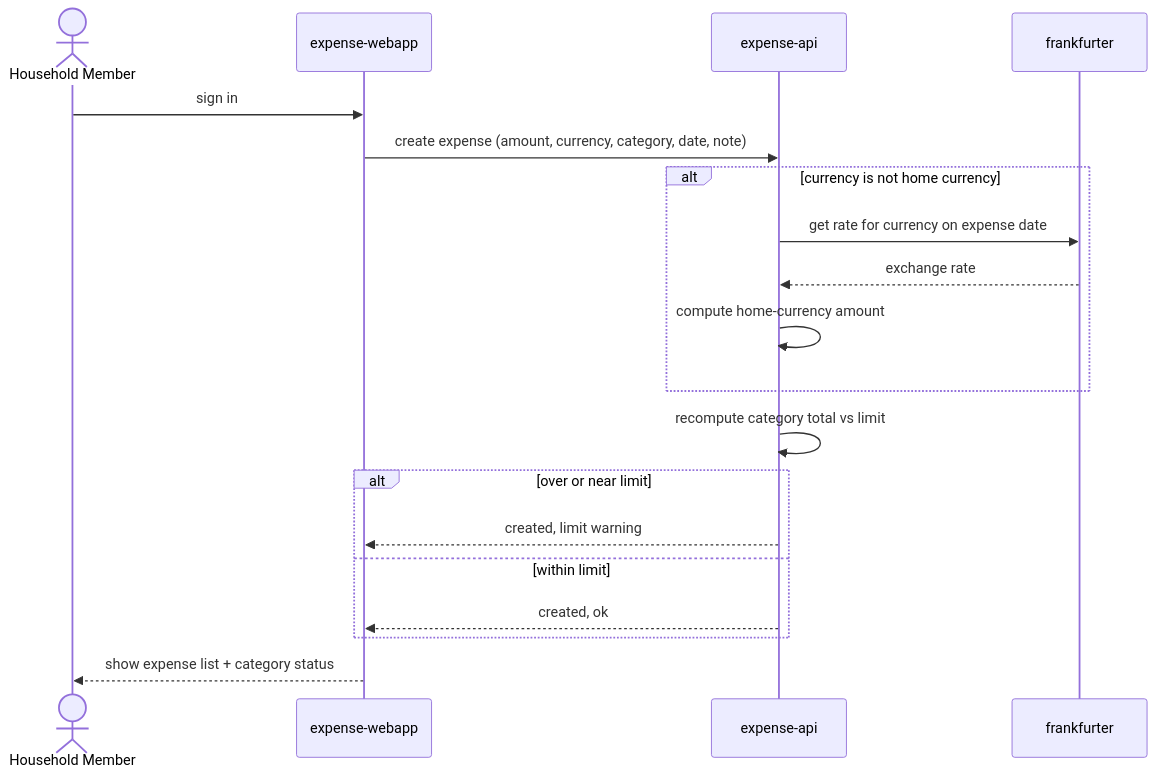
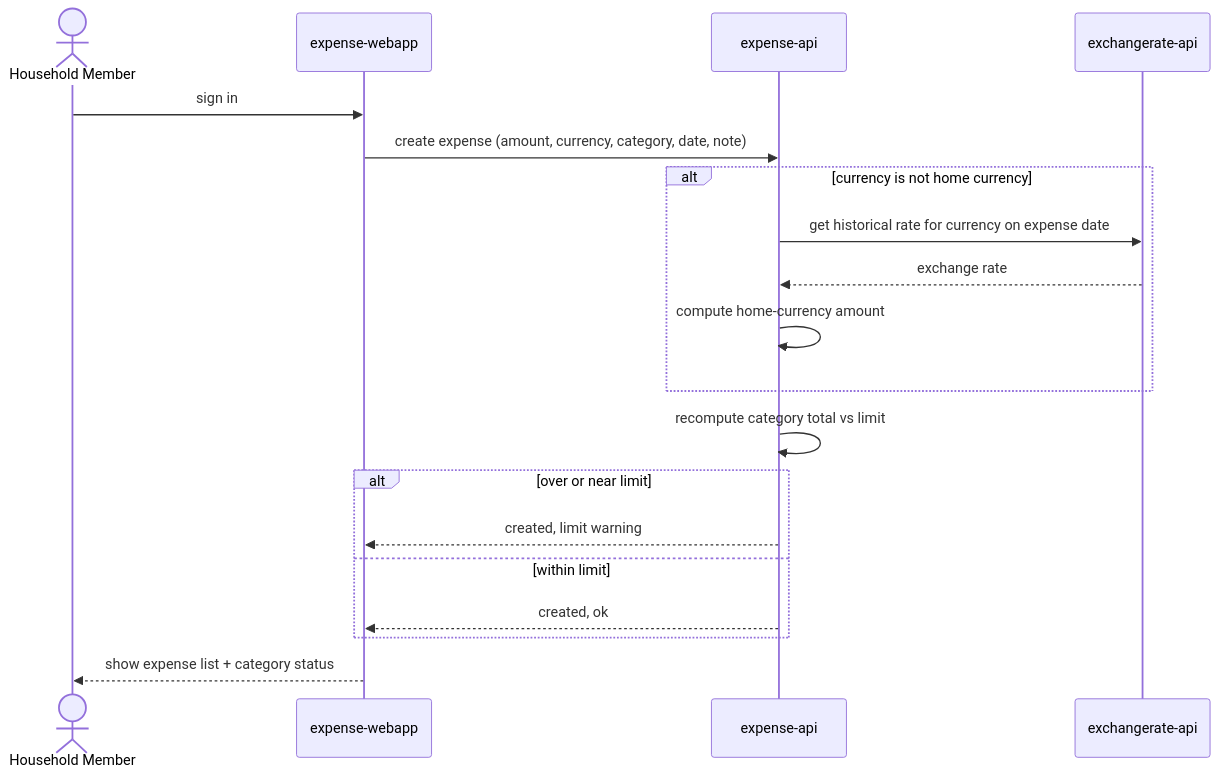
The diagram in specs/design/flows/log-and-track-expense.md (ae-demo/testing9231), drawn with Mermaid before and after one commit. The commit also changed 6 other files, not shown here.

````diff
--- a/specs/design/flows/log-and-track-expense.md
+++ b/specs/design/flows/log-and-track-expense.md
@@ -5,22 +5,22 @@
 ```mermaid
 sequenceDiagram
     actor Member as Household Member
     participant expense-webapp
     participant expense-api
-    participant frankfurter
+    participant exchangerateapi as exchangerate-api
 
     Member->>expense-webapp: sign in
     expense-webapp->>expense-api: create expense (amount, currency, category, date, note)
     alt currency is not home currency
-        expense-api->>frankfurter: get rate for currency on expense date
-        frankfurter-->>expense-api: exchange rate
+        expense-api->>exchangerateapi: get historical rate for currency on expense date
+        exchangerateapi-->>expense-api: exchange rate
         expense-api->>expense-api: compute home-currency amount
     end
     expense-api->>expense-api: recompute category total vs limit
     alt over or near limit
         expense-api-->>expense-webapp: created, limit warning
     else within limit
         expense-api-->>expense-webapp: created, ok
     end
     expense-webapp-->>Member: show expense list + category status
 ```
````
